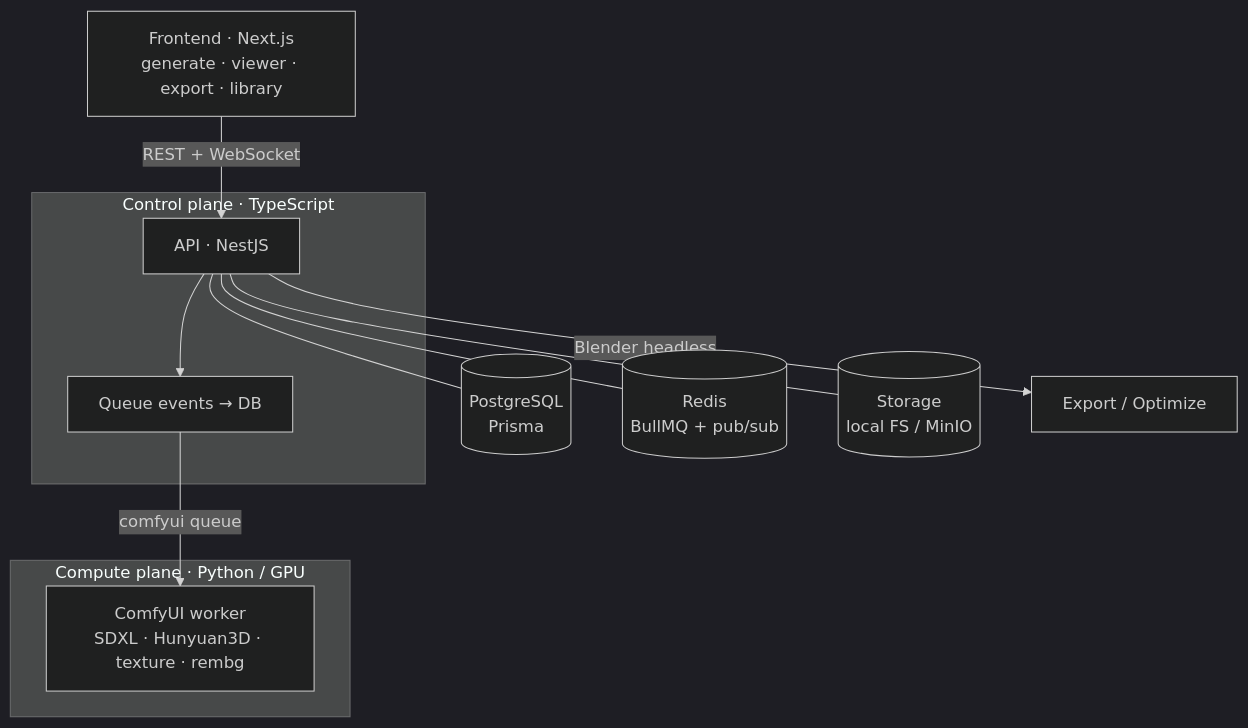
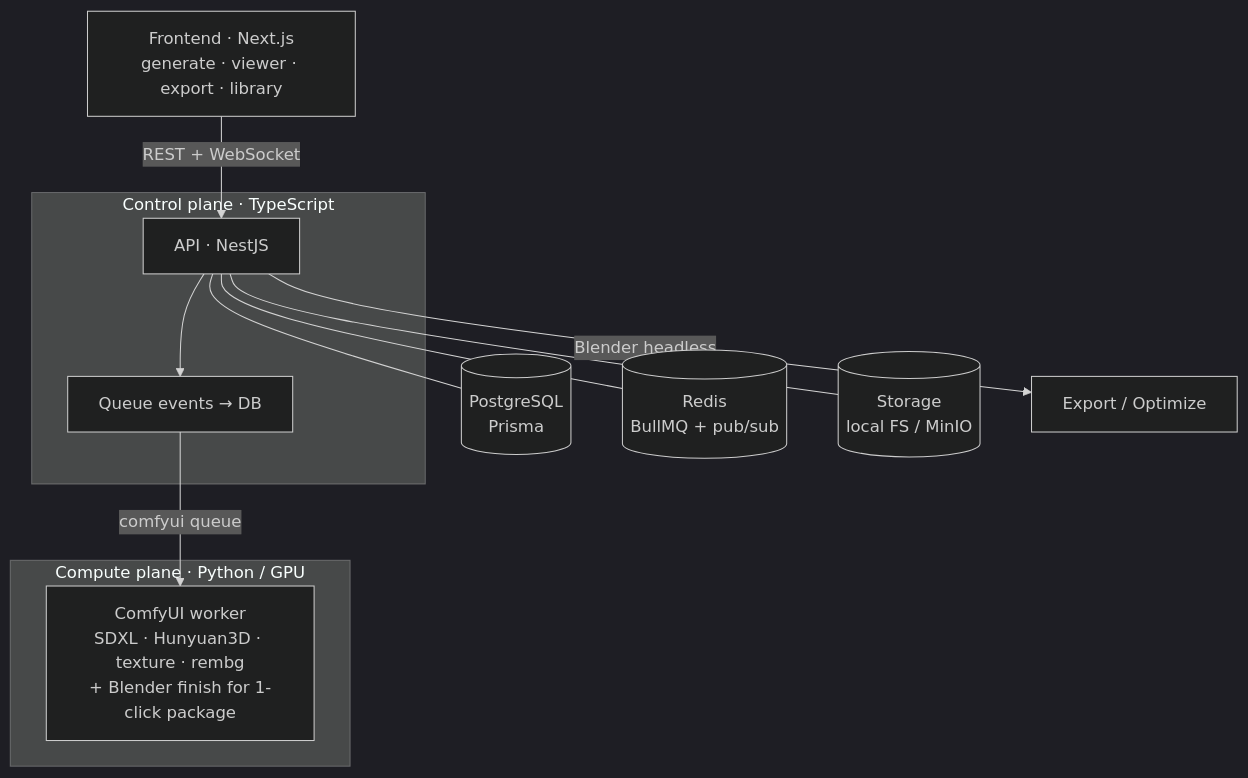
Before and after one commit to SnoWz96x/meshforge: the second of 2 diagrams in README.md, drawn with Mermaid (dark theme). The commit also changed other lines of this file and 5 other files, not shown here.

````diff
--- a/README.md
+++ b/README.md
@@ -91,19 +102,19 @@
 ```mermaid
 flowchart TB
     WEB[Frontend · Next.js<br/>generate · viewer · export · library] -->|REST + WebSocket| API
 
     subgraph CP [Control plane · TypeScript]
       API[API · NestJS] --> EV[Queue events → DB]
     end
 
     API --- PG[(PostgreSQL<br/>Prisma)]
     API --- RD[(Redis<br/>BullMQ + pub/sub)]
     API --- ST[(Storage<br/>local FS / MinIO)]
     API -->|Blender headless| BLEXP[Export / Optimize]
 
     EV -->|comfyui queue| CMP
 
     subgraph DP [Compute plane · Python / GPU]
-      CMP[ComfyUI worker<br/>SDXL · Hunyuan3D · texture · rembg]
+      CMP[ComfyUI worker<br/>SDXL · Hunyuan3D · texture · rembg<br/>+ Blender finish for 1-click package]
     end
 ```
````
